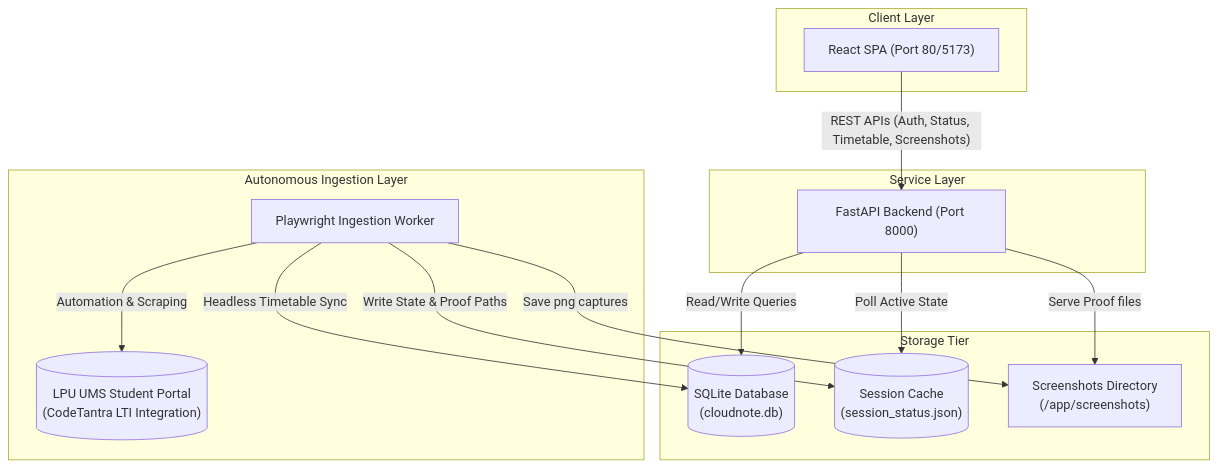
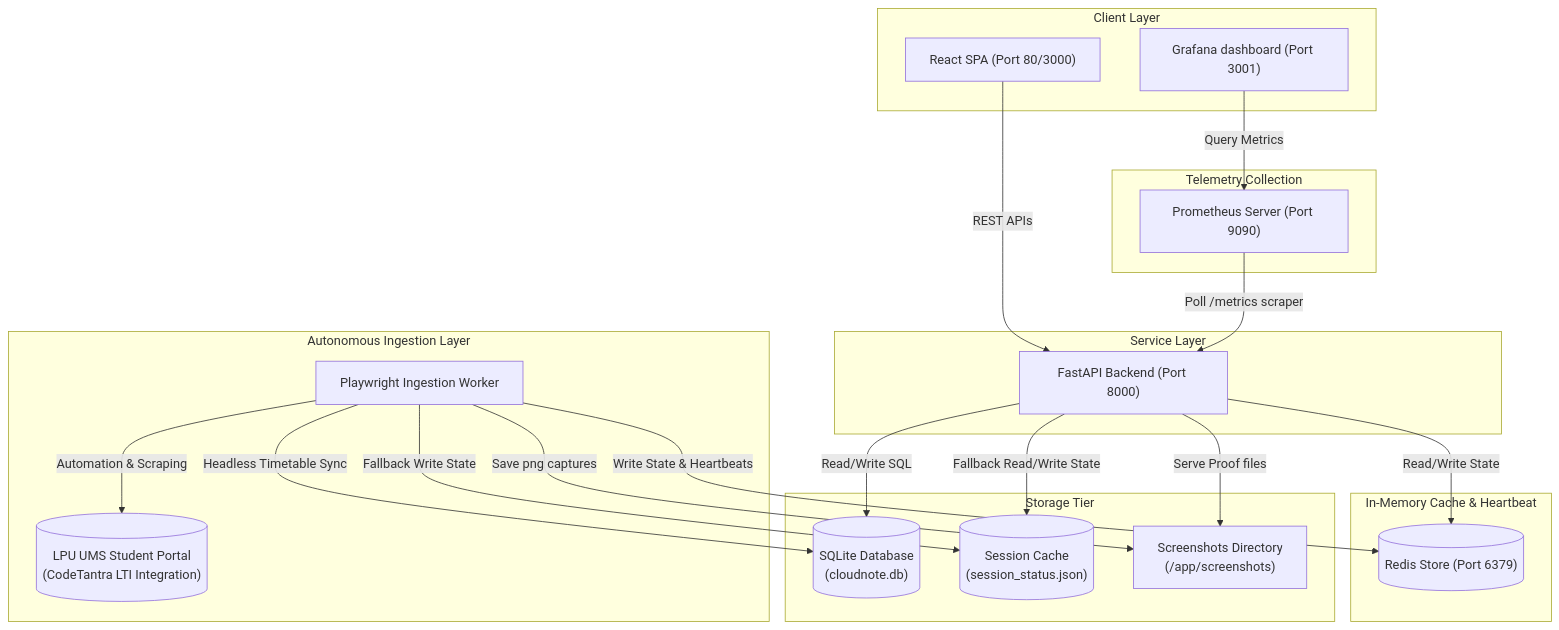
The first of 5 diagrams in cloudnote-ingestion/ARCHITECTURE.md (ravi-kumar-t/CloudNote), drawn with Mermaid before and after one commit. The commit also changed other lines of this file and 18 other files, not shown here.

Commit message:
feat(observability): integrate sidecar redis caching & prometheus exporter

````diff
--- a/cloudnote-ingestion/ARCHITECTURE.md
+++ b/cloudnote-ingestion/ARCHITECTURE.md
@@ -15,35 +17,50 @@
 ```mermaid
 graph TD
     subgraph Client Layer
-        ReactClient["React SPA (Port 80/5173)"]
+        ReactClient["React SPA (Port 80/3000)"]
+        GrafanaDashboards["Grafana dashboard (Port 3001)"]
     end
 
     subgraph Service Layer
         FastAPIServer["FastAPI Backend (Port 8000)"]
+    end
+
+    subgraph In-Memory Cache & Heartbeat
+        RedisServer[("Redis Store (Port 6379)")]
     end
 
     subgraph Storage Tier
         SQLiteDB[("SQLite Database<br/>(cloudnote.db)")]
         JSONCache[("Session Cache<br/>(session_status.json)")]
         DiskStorage["Screenshots Directory<br/>(/app/screenshots)"]
     end
 
     subgraph Autonomous Ingestion Layer
         PlaywrightWorker["Playwright Ingestion Worker"]
         LPUUMS[("LPU UMS Student Portal<br/>(CodeTantra LTI Integration)")]
     end
 
+    subgraph Telemetry Collection
+        PrometheusServer["Prometheus Server (Port 9090)"]
+    end
+
     %% Client Interactions
-    ReactClient -- "REST APIs (Auth, Status, Timetable, Screenshots)" --> FastAPIServer
+    ReactClient -- "REST APIs" --> FastAPIServer
+    GrafanaDashboards -- "Query Metrics" --> PrometheusServer
     
     %% Backend Interactions
-    FastAPIServer -- "Read/Write Queries" --> SQLiteDB
-    FastAPIServer -- "Poll Active State" --> JSONCache
+    FastAPIServer -- "Read/Write SQL" --> SQLiteDB
+    FastAPIServer -- "Read/Write State" --> RedisServer
+    FastAPIServer -- "Fallback Read/Write State" --> JSONCache
     FastAPIServer -- "Serve Proof files" --> DiskStorage
 
     %% Worker Interactions
+    PlaywrightWorker -- "Write State & Heartbeats" --> RedisServer
+    PlaywrightWorker -- "Fallback Write State" --> JSONCache
     PlaywrightWorker -- "Headless Timetable Sync" --> SQLiteDB
-    PlaywrightWorker -- "Write State & Proof Paths" --> JSONCache
     PlaywrightWorker -- "Save png captures" --> DiskStorage
     PlaywrightWorker -- "Automation & Scraping" --> LPUUMS
+
+    %% Telemetry Collection
+    PrometheusServer -- "Poll /metrics scraper" --> FastAPIServer
 ```
````
